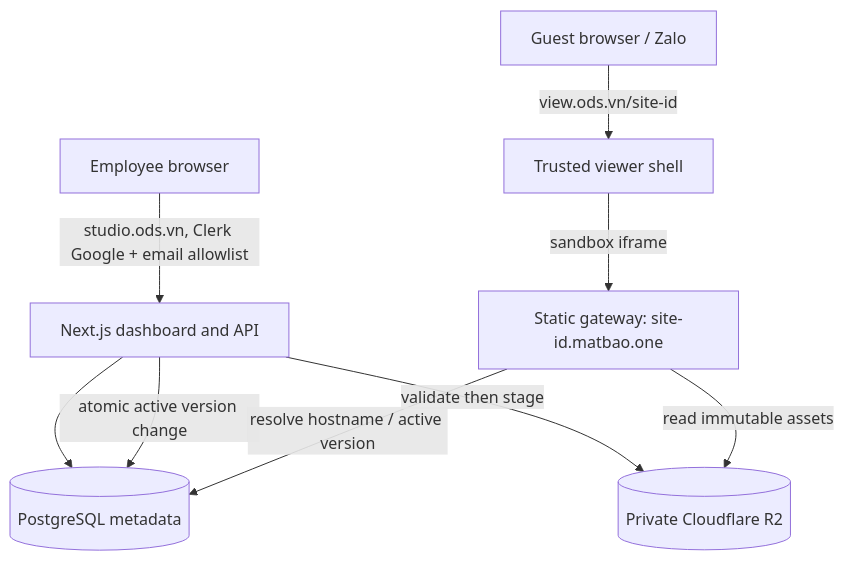
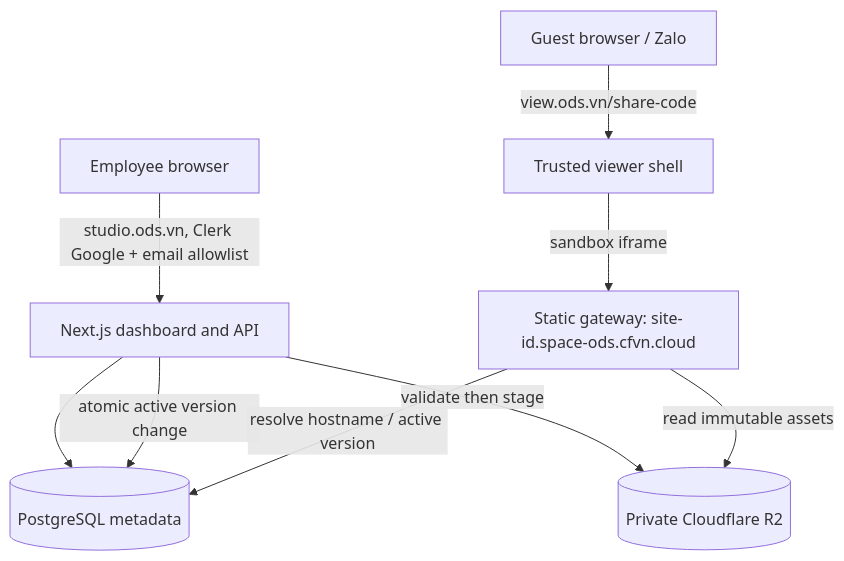
One commit to cfotel2604/html-share-platform changed the diagram in docs/ARCHITECTURE.md. Above: the diagram before and after it, drawn with Mermaid. The commit also changed other lines of this file and 10 other files, not shown here.

````diff
--- a/docs/ARCHITECTURE.md
+++ b/docs/ARCHITECTURE.md
@@ -7,11 +7,11 @@
 ```mermaid
 flowchart TD
   E[Employee browser] -->|studio.ods.vn, Clerk Google + email allowlist| A[Next.js dashboard and API]
   A --> DB[(PostgreSQL metadata)]
   A -->|validate then stage| S[(Private Cloudflare R2)]
   A -->|atomic active version change| DB
-  G[Guest browser / Zalo] -->|view.ods.vn/site-id| V[Trusted viewer shell]
-  V -->|sandbox iframe| P[Static gateway: site-id.matbao.one]
+  G[Guest browser / Zalo] -->|view.ods.vn/share-code| V[Trusted viewer shell]
+  V -->|sandbox iframe| P[Static gateway: site-id.space-ods.cfvn.cloud]
   P -->|resolve hostname / active version| DB
   P -->|read immutable assets| S
 ```
````
